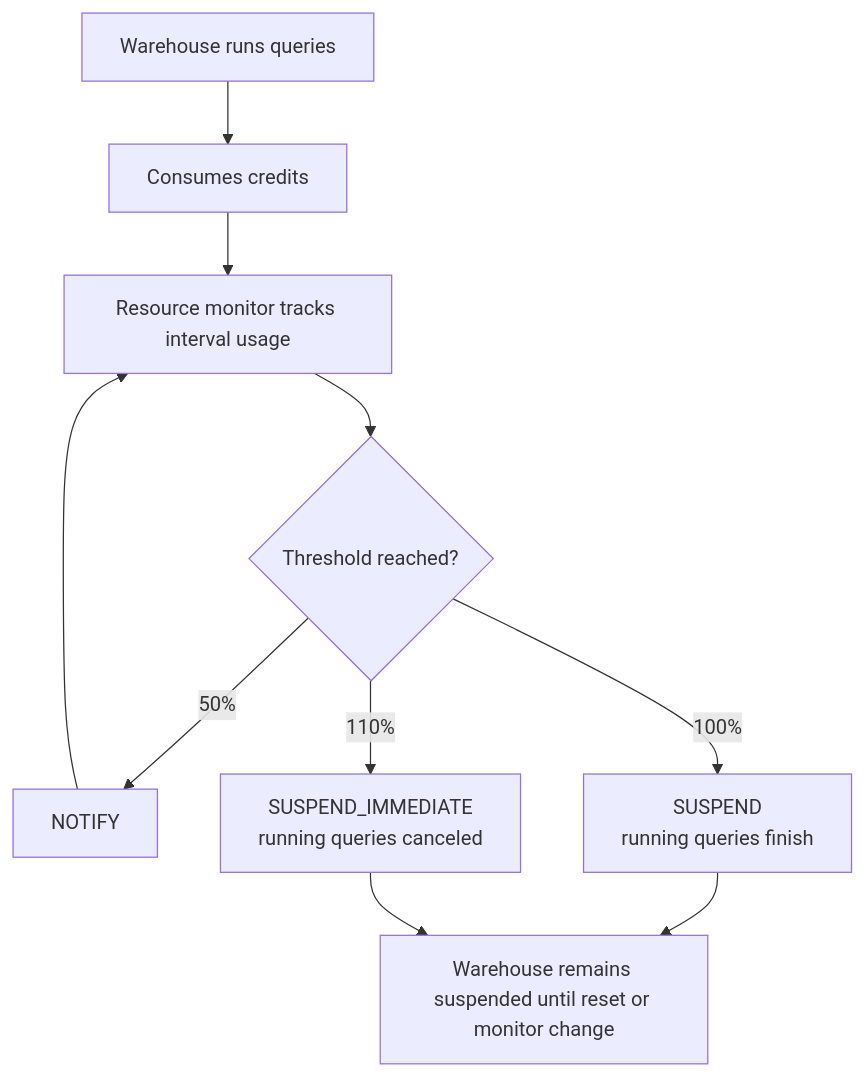
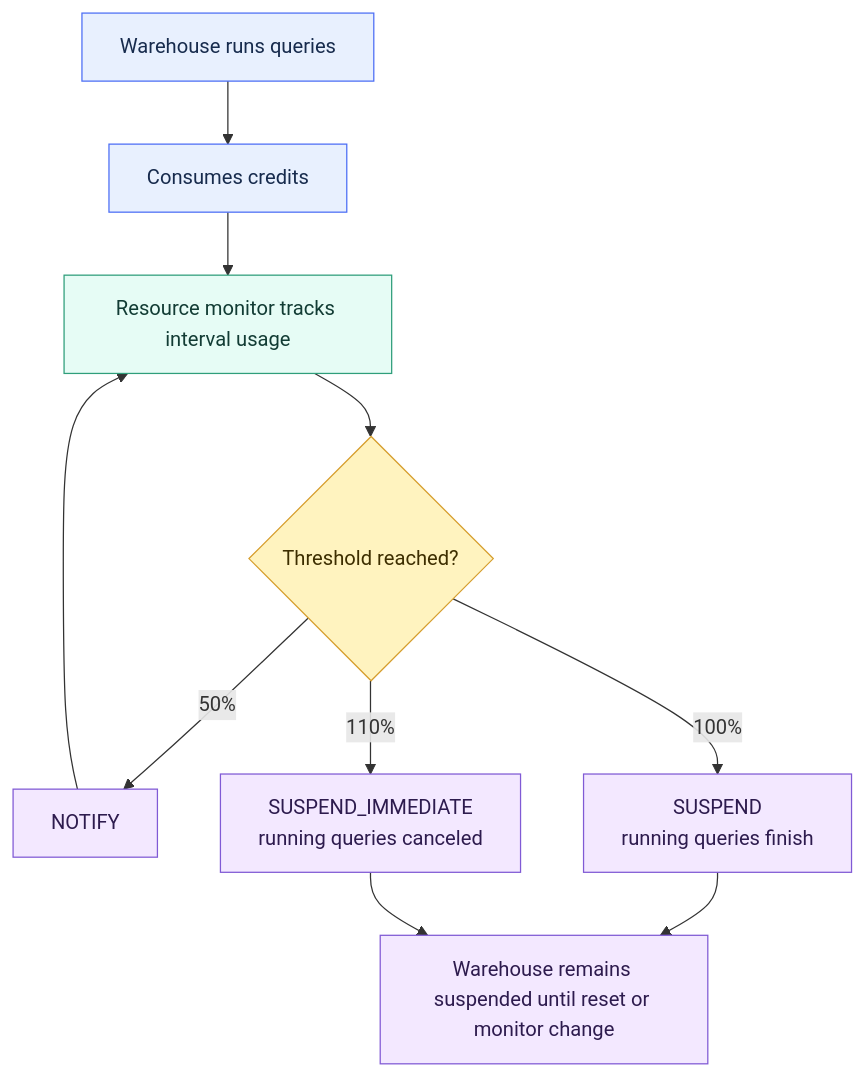
The diagram in 01 Snowflake/01 Core Architecture and Concepts/05 Resource Monitors.md (shonningsoy/Upskill), drawn with Mermaid before and after one commit. The commit also changed other lines of this file and 5 other files, not shown here.

Commit message:
Improve Snowflake core architecture readability

````diff
--- a/01 Snowflake/01 Core Architecture and Concepts/05 Resource Monitors.md
+++ b/01 Snowflake/01 Core Architecture and Concepts/05 Resource Monitors.md
@@ -67,12 +69,23 @@
 ```mermaid
 flowchart TD
     A["Warehouse runs queries"] --> B["Consumes credits"]
     B --> C["Resource monitor tracks interval usage"]
     C --> D{"Threshold reached?"}
     D -->|50%| E["NOTIFY"]
     D -->|100%| F["SUSPEND<br/>running queries finish"]
     D -->|110%| G["SUSPEND_IMMEDIATE<br/>running queries canceled"]
     F --> H["Warehouse remains suspended until reset or monitor change"]
     G --> H
     E --> C
+
+    classDef input fill:#E8F0FE,stroke:#4C6EF5,color:#172B4D
+    classDef control fill:#FFF3BF,stroke:#D69E2E,color:#3D2E00
+    classDef snowflake fill:#E6FCF5,stroke:#2F9E7B,color:#123C34
+    classDef platform fill:#F1F3F5,stroke:#868E96,color:#212529
+    classDef output fill:#F3E8FF,stroke:#805AD5,color:#2D1B4E
+
+    class A,B input
+    class C snowflake
+    class D control
+    class E,F,G,H output
 ```
````
